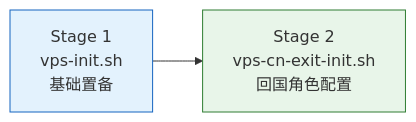
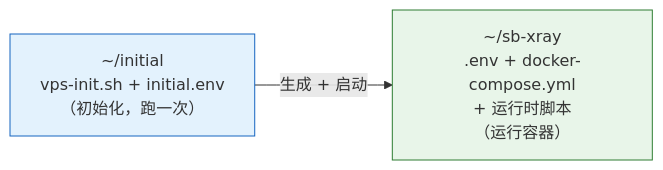
One commit to currycan/sb-xray changed the first of 2 diagrams in sources/vps/README.md. Above: the diagram before and after it, drawn with Mermaid. The commit also changed other lines of this file and 4 other files, not shown here.

First line of the commit message:
refactor(vps): 合并 init 为单脚本 vps-init.sh + 新增运行时更新脚本

````diff
--- a/sources/vps/README.md
+++ b/sources/vps/README.md
@@ -9,6 +11,6 @@
 ```mermaid
 flowchart LR
-    S1["Stage 1<br/>vps-init.sh<br/>基础置备"] --> S2["Stage 2<br/>vps-cn-exit-init.sh<br/>回国角色配置"]
-    style S1 fill:#e3f2fd,stroke:#1565c0
-    style S2 fill:#e8f5e9,stroke:#2e7d32
+    I["~/initial<br/>vps-init.sh + initial.env<br/>（初始化，跑一次）"] -->|生成 + 启动| R["~/sb-xray<br/>.env + docker-compose.yml<br/>+ 运行时脚本<br/>（运行容器）"]
+    style I fill:#e3f2fd,stroke:#1565c0
+    style R fill:#e8f5e9,stroke:#2e7d32
 ```
````
